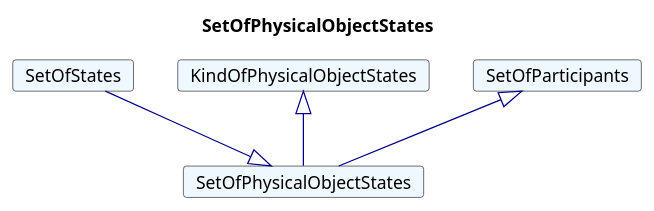
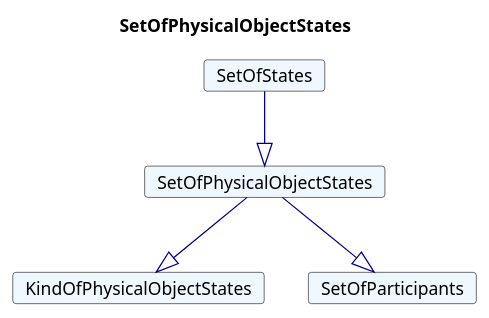
The diagram in fragments/puml/SetOfPhysicalObjectStates.plantuml (rtigran/rdf2adoc), drawn with PlantUML before and after one commit. The commit also changed 111 other files, not shown here.

Commit message:
fix for diagram plantuml, diagram generartion switchded off

```diff
--- a/fragments/puml/SetOfPhysicalObjectStates.plantuml
+++ b/fragments/puml/SetOfPhysicalObjectStates.plantuml
@@ -1,19 +1,19 @@
 @startuml
 Title SetOfPhysicalObjectStates 
 
 Card SetOfPhysicalObjectStates #F0F8FF [
 SetOfPhysicalObjectStates
 ]
 Card SetOfStates #F0F8FF [
 SetOfStates
 ]
 SetOfStates --|> SetOfPhysicalObjectStates  #00008B 
 Card KindOfPhysicalObjectStates #F0F8FF [
 KindOfPhysicalObjectStates
 ]
-KindOfPhysicalObjectStates <|-- SetOfPhysicalObjectStates  #00008B 
+SetOfPhysicalObjectStates --|> KindOfPhysicalObjectStates  #00008B 
 Card SetOfParticipants #F0F8FF [
 SetOfParticipants
 ]
-SetOfParticipants <|-- SetOfPhysicalObjectStates  #00008B 
+SetOfPhysicalObjectStates --|> SetOfParticipants  #00008B 
 @enduml
```
